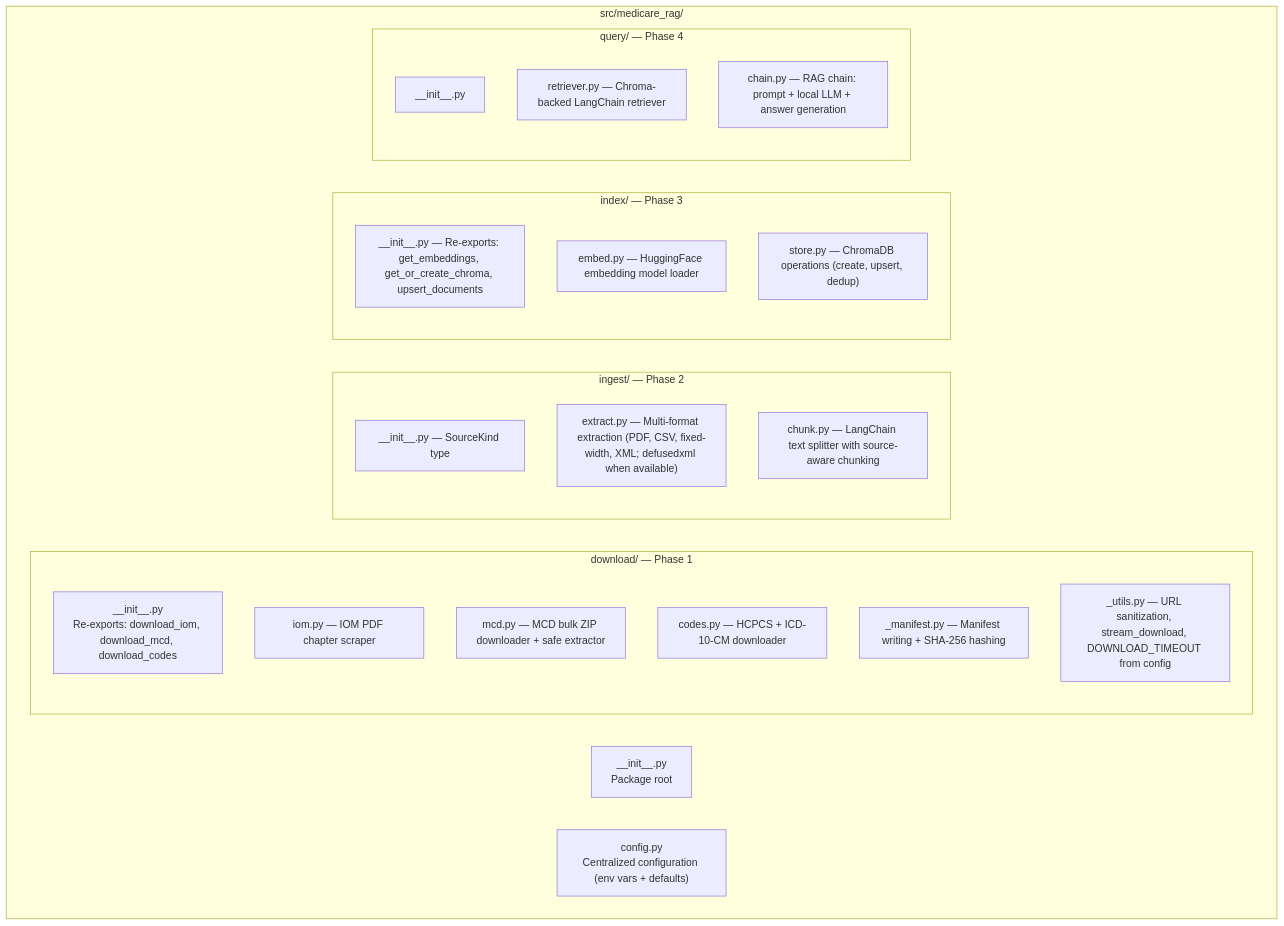
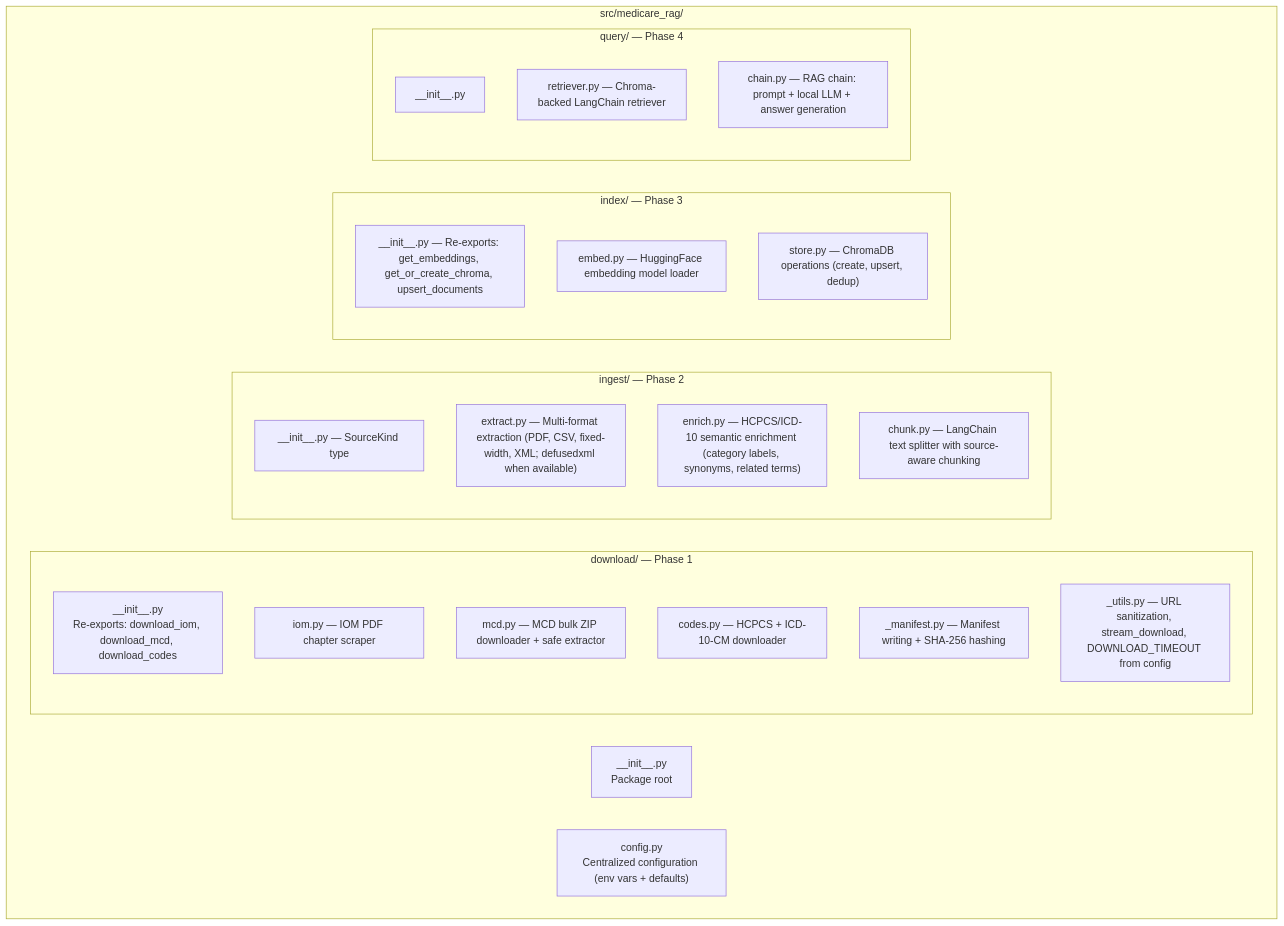
One commit to csmangum/medicare_rag changed the sixth of 7 diagrams in ARCHITECTURE.md. Above: the diagram before and after it, drawn with Mermaid. The commit also changed other lines of this file and 2 other files, not shown here.

First line of the commit message:
docs: update README, ARCHITECTURE, AGENTS for semantic enrichment

````diff
--- a/ARCHITECTURE.md
+++ b/ARCHITECTURE.md
@@ -218,34 +227,35 @@
 ```mermaid
 flowchart TB
   subgraph Root["src/medicare_rag/"]
     Init["__init__.py\nPackage root"]
     Config["config.py\nCentralized configuration (env vars + defaults)"]
 
     subgraph Download["download/ — Phase 1"]
       DInit["__init__.py\nRe-exports: download_iom, download_mcd, download_codes"]
       IOM["iom.py — IOM PDF chapter scraper"]
       MCD["mcd.py — MCD bulk ZIP downloader + safe extractor"]
       Codes["codes.py — HCPCS + ICD-10-CM downloader"]
       Manifest["_manifest.py — Manifest writing + SHA-256 hashing"]
       Utils["_utils.py — URL sanitization, stream_download, DOWNLOAD_TIMEOUT from config"]
     end
 
     subgraph Ingest["ingest/ — Phase 2"]
       IInit["__init__.py — SourceKind type"]
       Extract["extract.py — Multi-format extraction (PDF, CSV, fixed-width, XML; defusedxml when available)"]
+      Enrich["enrich.py — HCPCS/ICD-10 semantic enrichment (category labels, synonyms, related terms)"]
       Chunk["chunk.py — LangChain text splitter with source-aware chunking"]
     end
 
     subgraph Index["index/ — Phase 3"]
       IdxInit["__init__.py — Re-exports: get_embeddings, get_or_create_chroma, upsert_documents"]
       Embed["embed.py — HuggingFace embedding model loader"]
       Store["store.py — ChromaDB operations (create, upsert, dedup)"]
     end
 
     subgraph Query["query/ — Phase 4"]
       QInit["__init__.py"]
       Retriever["retriever.py — Chroma-backed LangChain retriever"]
       Chain["chain.py — RAG chain: prompt + local LLM + answer generation"]
     end
   end
 ```
````
